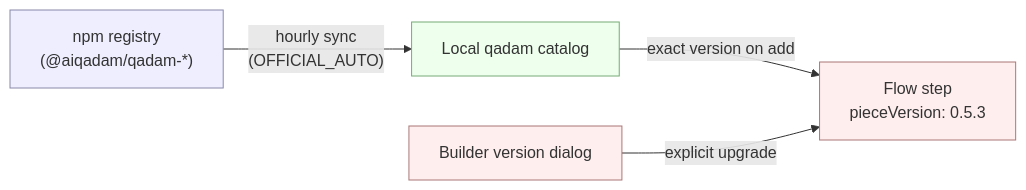
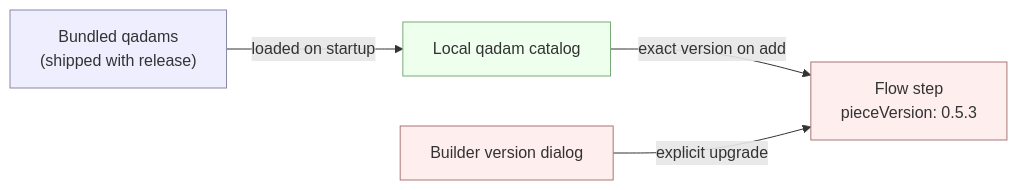
Before and after one commit to aiqadam/qadam-flow: the diagram in docs/install/architecture/qadam-syncing.mdx, drawn with Mermaid. The commit also changed other lines of this file and 21 other files, not shown here.

First line of the commit message:
fix(qadams): drop dead cloud piece-sync path, default sync mode to NONE

````diff
--- a/docs/install/architecture/qadam-syncing.mdx
+++ b/docs/install/architecture/qadam-syncing.mdx
@@ -12,18 +12,18 @@
 ```mermaid
 flowchart LR
-    REG["npm registry<br/>(@aiqadam/qadam-*)"]
+    BUNDLE["Bundled qadams<br/>(shipped with release)"]
     CAT["Local qadam catalog"]
     STEP["Flow step<br/>pieceVersion: 0.5.3"]
     UI["Builder version dialog"]
 
-    REG -- "hourly sync<br/>(OFFICIAL_AUTO)" --> CAT
+    BUNDLE -- "loaded on startup" --> CAT
     CAT -- "exact version on add" --> STEP
     UI -- "explicit upgrade" --> STEP
 
     classDef src fill:#eef,stroke:#88a
     classDef catalog fill:#efe,stroke:#7a7
     classDef flow fill:#fee,stroke:#a77
-    class REG src
+    class BUNDLE src
     class CAT catalog
     class STEP,UI flow
 ```
````
